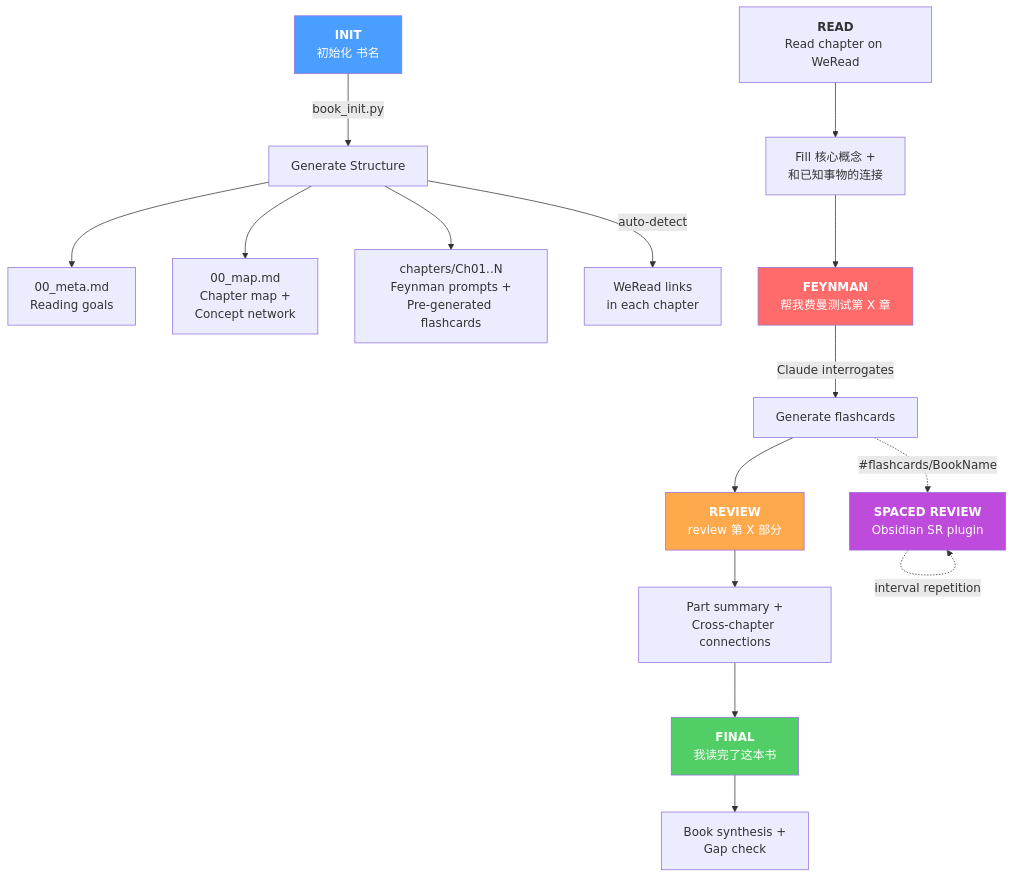
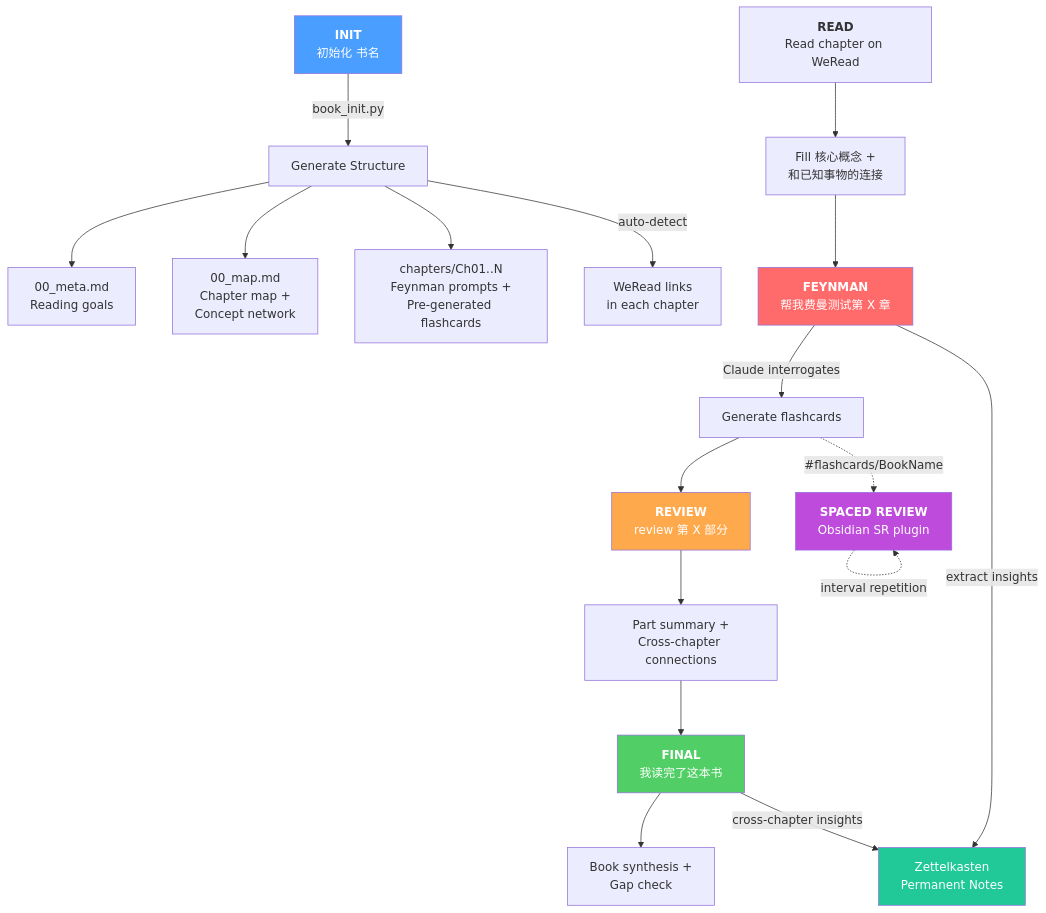
Before and after one commit to yepengfan/obsidian-workflow: the second of 3 diagrams in README.md, drawn with Mermaid. The commit also changed other lines of this file and 10 other files, not shown here.

First line of the commit message:
Add Zettelkasten system for cross-domain knowledge management (#11)

````diff
--- a/README.md
+++ b/README.md
@@ -67,34 +71,37 @@
 ```mermaid
 graph TD
     INIT["<b>INIT</b><br/>初始化 书名"]
     INIT -->|book_init.py| GEN[Generate Structure]
     GEN --> META[00_meta.md<br/>Reading goals]
     GEN --> MAP[00_map.md<br/>Chapter map +<br/>Concept network]
     GEN --> CH[chapters/Ch01..N<br/>Feynman prompts +<br/>Pre-generated flashcards]
     GEN -->|auto-detect| WRLINK[WeRead links<br/>in each chapter]
 
     READ["<b>READ</b><br/>Read chapter on WeRead"]
     READ --> FILL[Fill 核心概念 +<br/>和已知事物的连接]
 
     FEYNMAN["<b>FEYNMAN</b><br/>帮我费曼测试第 X 章"]
     FILL --> FEYNMAN
     FEYNMAN -->|Claude interrogates| CARDS[Generate flashcards]
+    FEYNMAN -->|extract insights| ZK[Zettelkasten<br/>Permanent Notes]
 
     REVIEW["<b>REVIEW</b><br/>review 第 X 部分"]
     CARDS --> REVIEW
     REVIEW --> SUMMARY[Part summary +<br/>Cross-chapter connections]
 
     FINAL["<b>FINAL</b><br/>我读完了这本书"]
     SUMMARY --> FINAL
     FINAL --> SYNTH[Book synthesis +<br/>Gap check]
+    FINAL -->|cross-chapter insights| ZK
 
     SR["<b>SPACED REVIEW</b><br/>Obsidian SR plugin"]
     CARDS -.->|#flashcards/BookName| SR
     SR -.->|interval repetition| SR
 
     style INIT fill:#4a9eff,color:#fff
     style FEYNMAN fill:#ff6b6b,color:#fff
     style REVIEW fill:#ffa94d,color:#fff
     style FINAL fill:#51cf66,color:#fff
     style SR fill:#be4bdb,color:#fff
+    style ZK fill:#20c997,color:#fff
 ```
````
